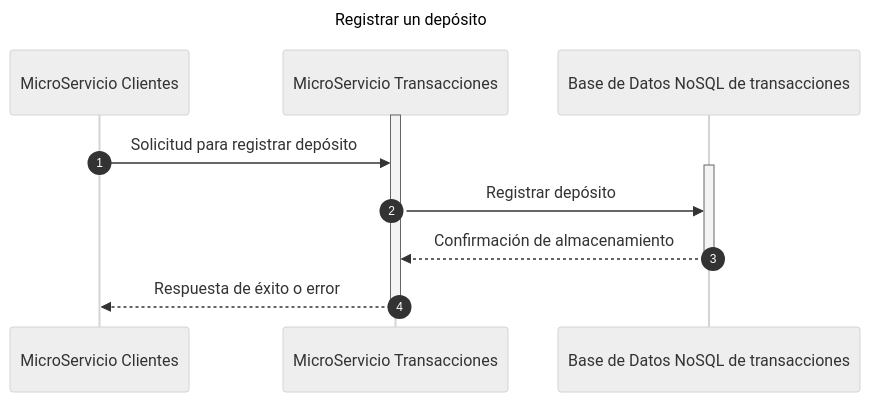
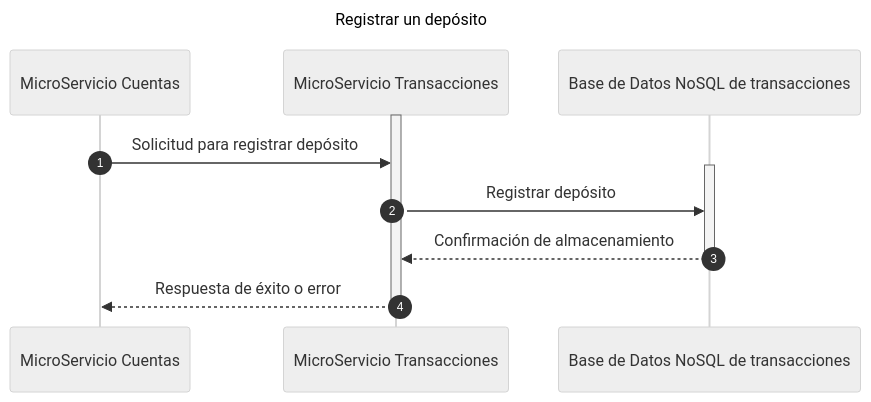
Diagram 14 of 17 in Documentacion/DiagramaDeSecuencia.md (dannyverap/transactionms), drawn with Mermaid (neutral theme) before and after one commit. The commit also changed other lines of this file, not shown here.

````diff
--- a/Documentacion/DiagramaDeSecuencia.md
+++ b/Documentacion/DiagramaDeSecuencia.md
@@ -357,16 +357,16 @@
 ```mermaid
 sequenceDiagram
     title Registrar un depósito
     autonumber
-    participant MsCliente as MicroServicio Clientes
+    participant MsCuenta as MicroServicio Cuentas
     participant MsTransaction as MicroServicio Transacciones
     participant TransactionDb as Base de Datos NoSQL de transacciones
     activate MsTransaction
-    MsCliente ->> MsTransaction: Solicitud para registrar depósito
+    MsCuenta ->> MsTransaction: Solicitud para registrar depósito
     activate TransactionDb
     MsTransaction ->> TransactionDb: Registrar depósito
     TransactionDb -->> MsTransaction: Confirmación de almacenamiento
     deactivate TransactionDb
-    MsTransaction -->> MsCliente: Respuesta de éxito o error
+    MsTransaction -->> MsCuenta: Respuesta de éxito o error
     deactivate MsTransaction
 ```
````
